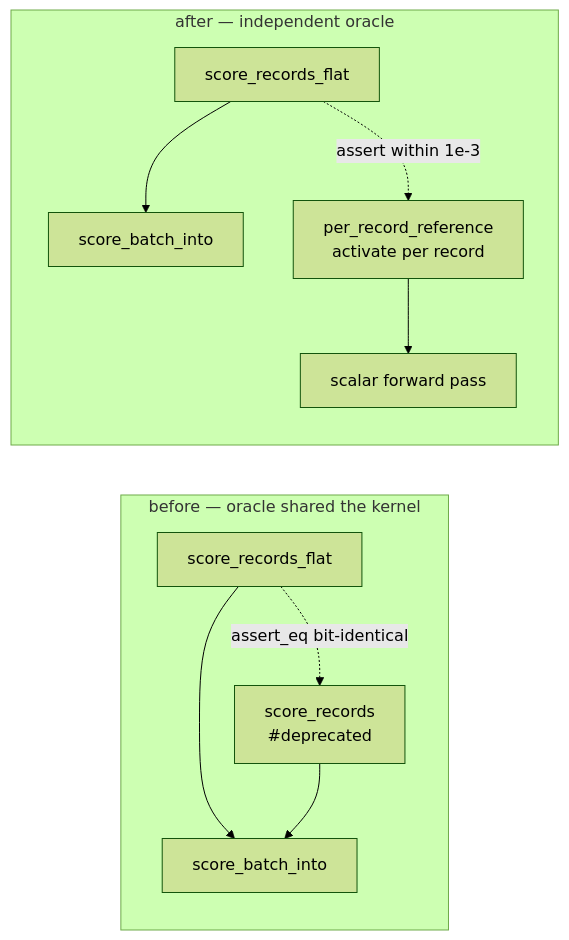
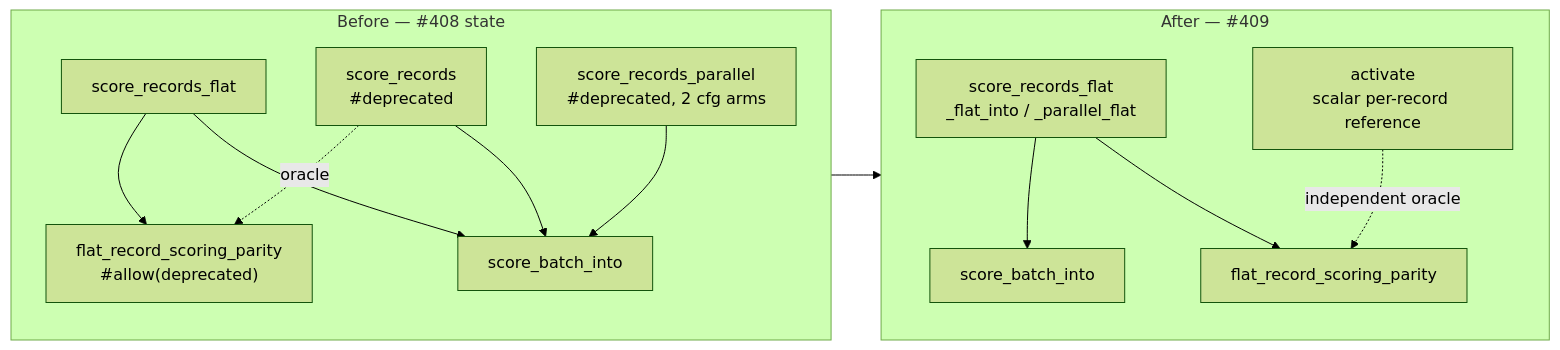
Before and after one commit to stSoftwareAU/NEAT-AI-core: the diagram in docs/archive/pr-summaries/pr-summary-409.md, drawn with Mermaid (forest theme). The commit also changed other lines of this file, not shown here.

First line of the commit message:
docs: add PR summary for the per-record scoring wrapper deletion (Issue #409)

````diff
--- a/docs/archive/pr-summaries/pr-summary-409.md
+++ b/docs/archive/pr-summaries/pr-summary-409.md
@@ -50,13 +56,16 @@
 ```mermaid
 flowchart LR
-    subgraph Before["before — oracle shared the kernel"]
-        F1[score_records_flat] --> K1[score_batch_into]
-        P1[score_records<br/>#deprecated] --> K1
-        F1 -. "assert_eq bit-identical" .-> P1
+    subgraph Before["Before — #408 state"]
+        A1["score_records_flat"] --> K1["score_batch_into"]
+        B1["score_records<br/>#deprecated"] --> K1
+        C1["score_records_parallel<br/>#deprecated, 2 cfg arms"] --> K1
+        B1 -.->|oracle| T1["flat_record_scoring_parity<br/>#allow(deprecated)"]
+        A1 --> T1
     end
-    subgraph After["after — independent oracle"]
-        F2[score_records_flat] --> K2[score_batch_into]
-        R2[per_record_reference<br/>activate per record] --> S2[scalar forward pass]
-        F2 -. "assert within 1e-3" .-> R2
+    subgraph After["After — #409"]
+        A2["score_records_flat<br/>_flat_into / _parallel_flat"] --> K2["score_batch_into"]
+        A2 --> T2["flat_record_scoring_parity"]
+        R2["activate<br/>scalar per-record reference"] -.->|independent oracle| T2
     end
+    Before --> After
 ```
````
